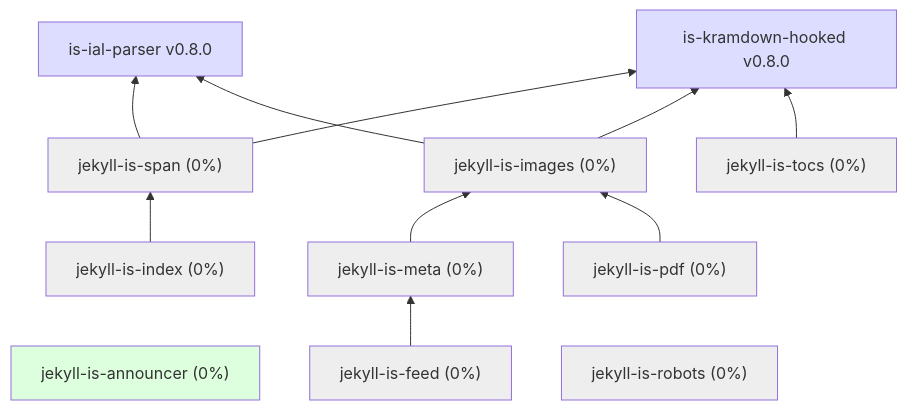
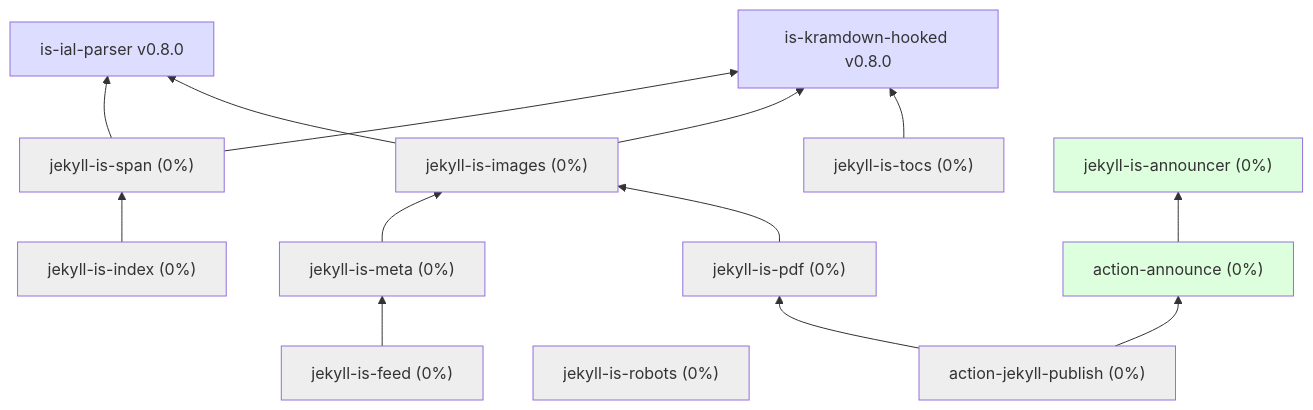
Before and after one commit to jekyll-is/.github: the diagram in profile/README.md, drawn with Mermaid.

````diff
--- a/profile/README.md
+++ b/profile/README.md
@@ -7,44 +7,51 @@
 ```mermaid
 graph BT
   ial["is-ial-parser v0.8.0"]
   kramdown["is-kramdown-hooked v0.8.0"]
   tocs["jekyll-is-tocs (0%)"] --> kramdown
   images["jekyll-is-images (0%)"] --> ial
   images --> kramdown
-  announcer["jekyll-is-announcer (0%)"]
   pdf["jekyll-is-pdf (0%)"] --> images
   meta["jekyll-is-meta (0%)"] --> images
   feed["jekyll-is-feed (0%)"] --> meta
   span["jekyll-is-span (0%)"] --> ial
   index["jekyll-is-index (0%)"] --> span
   span --> kramdown
   robots["jekyll-is-robots (0%)"]
+  announcer["jekyll-is-announcer (0%)"]
+  act-announce["action-announce (0%)"] --> announcer
+  publish["action-jekyll-publish (0%)"] --> act-announce
+  publish --> pdf
 
 click ial "https://github.com/jekyll-is/is-ial-parser"
 click kramdown "https://github.com/jekyll-is/is-kramdown-hooked"
 click announcer "https://github.com/jekyll-is/jekyll-is-announcer"
+click act-announce "https://github.com/jekyll-is/action-announce"
+click publish "https://github.com/jekyll-is/action-jekyll-publish"
 click images "https://github.com/jekyll-is/jekyll-is-images"
 click robots "https://github.com/jekyll-is/jekyll-is-robots"
 click meta "https://github.com/jekyll-is/jekyll-is-meta"
 click pdf "https://github.com/jekyll-is/jekyll-is-pdf"
 click tocs "https://github.com/jekyll-is/jekyll-is-tocs"
 click feed "https://github.com/jekyll-is/jekyll-is-feed"
 click index "https://github.com/jekyll-is/jekyll-is-index"
 click span "https://github.com/jekyll-is/jekyll-is-span"
 
 classDef green fill:#DFD
 classDef gray fill:#EEE
 classDef blue fill:#DDF
 
 class ial blue
 class kramdown blue
 class images gray
 class announcer green
+class act-announce green
+class publish gray
 class pdf gray
 class span gray
 class index gray
 class feed gray
 class meta gray
 class robots gray
 class tocs gray
 ```
````
